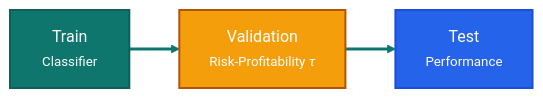
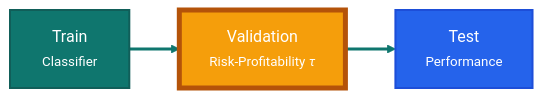
The third of 3 diagrams in README.md (Pablo-Molla-Charlez/SecondaryModel), drawn with Mermaid before and after one commit.

````diff
--- a/README.md
+++ b/README.md
@@ -82,11 +82,11 @@
 ```mermaid
 %%{init: {'theme': 'base', 'themeVariables': { 'primaryColor': '#0f766e', 'primaryBorderColor': '#115e59', 'primaryTextColor': '#ffffff', 'secondaryColor': '#f59e0b', 'tertiaryColor': '#dbeafe', 'lineColor': '#0f172a', 'background': '#ffffff'}}}%%
 flowchart LR
     A["&nbsp;&nbsp;&nbsp;Train&nbsp;&nbsp;&nbsp;<br/><small>Classifier</small>"]:::train --> V["&nbsp;&nbsp;Validation&nbsp;&nbsp;<br/><small>Risk-Profitability <i>τ</i></small>"]:::val
     V --> D["&nbsp;&nbsp;&nbsp;&nbsp;&nbsp;Test&nbsp;&nbsp;&nbsp;&nbsp;&nbsp;<br/><small>Performance</small>"]:::test
     
     classDef train fill:#0f766e,stroke:#115e59,color:#ffffff,stroke-width:2px;
-    classDef val   fill:#f59e0b,stroke:#b45309,color:#ffffff,stroke-width:2px;
+    classDef val   fill:#f59e0b,stroke:#b45309,color:#ffffff,stroke-width:5px;
     classDef test  fill:#2563eb,stroke:#1d4ed8,color:#ffffff,stroke-width:2px;
     linkStyle default stroke:#0f766e,stroke-width:3px;
 ```
````
